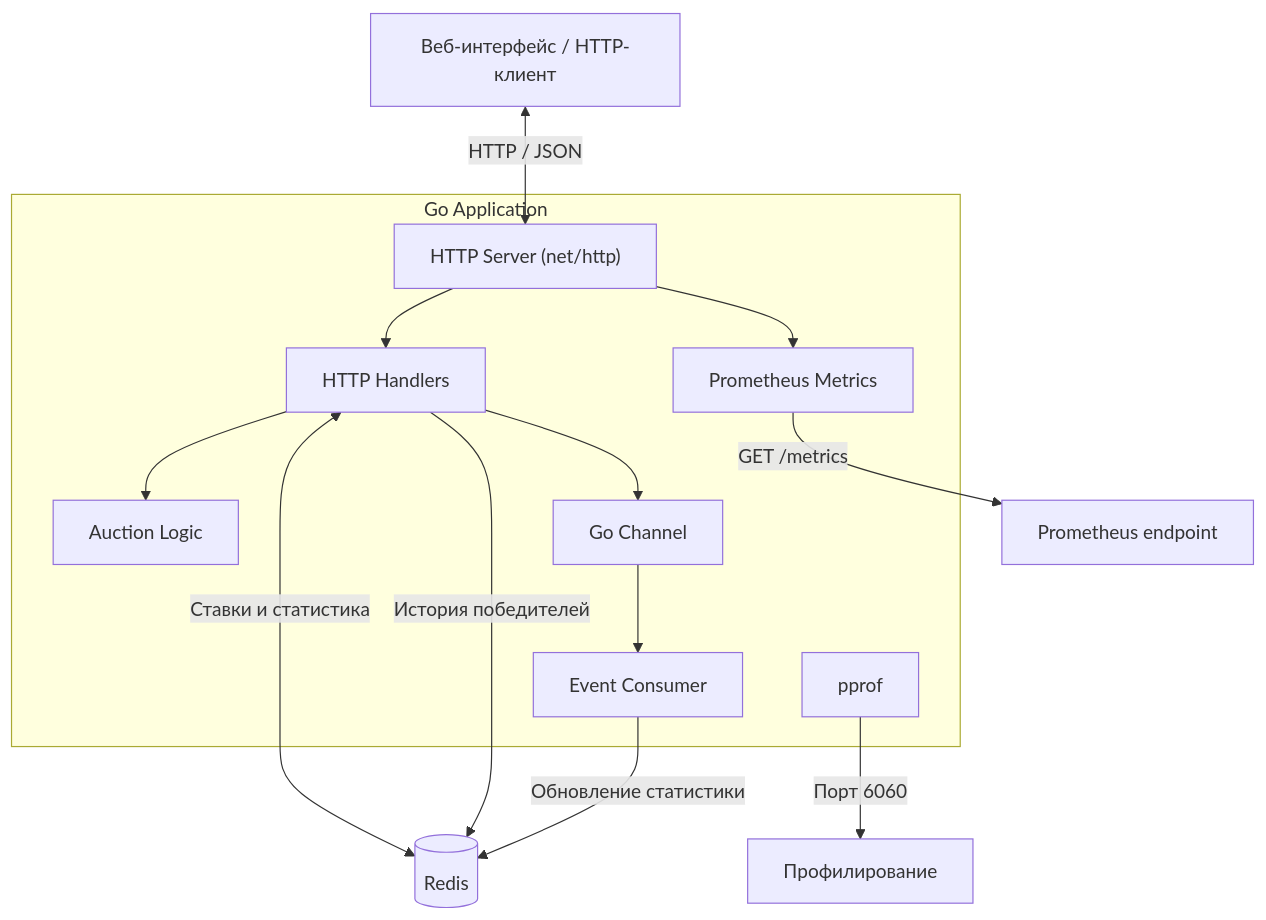
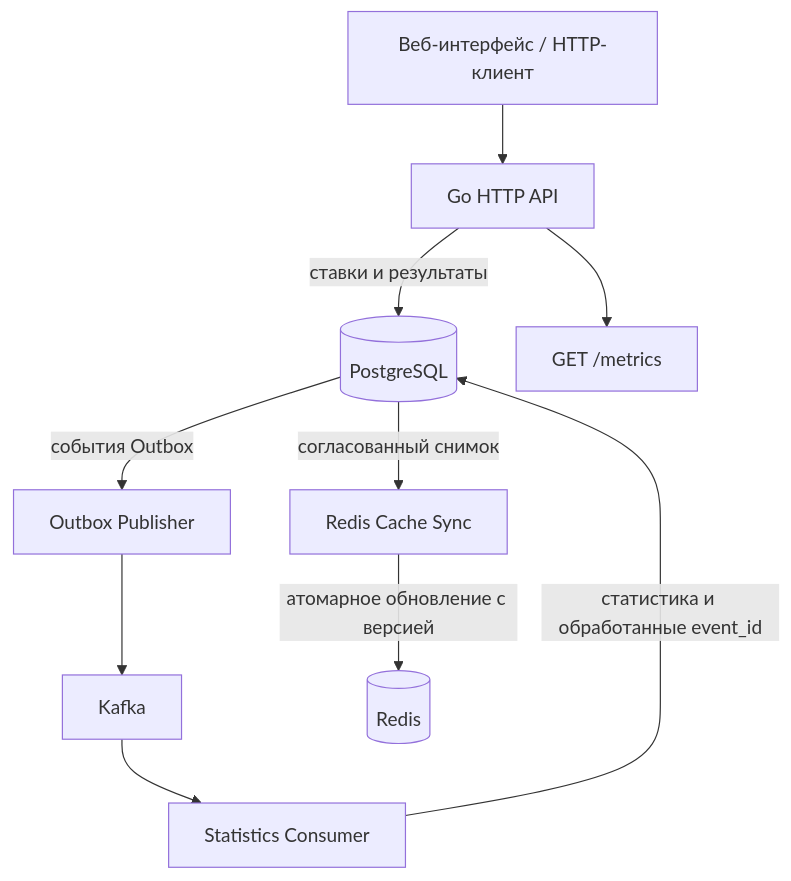
Before and after one commit to EgorVarshutin05/Ad-Auction-Simulator: the diagram in README.md, drawn with Mermaid. The commit also changed other lines of this file, not shown here.

````diff
--- a/README.md
+++ b/README.md
@@ -27,30 +34,12 @@
 ```mermaid
-flowchart TB
-    Client["Веб-интерфейс / HTTP-клиент"]
-
-    subgraph App["Go Application"]
-        HTTP["HTTP Server (net/http)"]
-        API["HTTP Handlers"]
-        Auction["Auction Logic"]
-        Channel["Go Channel"]
-        Consumer["Event Consumer"]
-        Metrics["Prometheus Metrics"]
-        Pprof["pprof"]
-
-        HTTP --> API
-        HTTP --> Metrics
-        API --> Auction
-        API --> Channel
-        Channel --> Consumer
-    end
-
-    Redis[("Redis")]
-
-    Client <-->|HTTP / JSON| HTTP
-    API <-->|Ставки и статистика| Redis
-    API -->|История победителей| Redis
-    Consumer -->|Обновление статистики| Redis
-
-    Metrics -->|GET /metrics| Monitoring["Prometheus endpoint"]
-    Pprof -->|Порт 6060| Profiling["Профилирование"]
+flowchart TD
+    Client["Веб-интерфейс / HTTP-клиент"] --> API["Go HTTP API"]
+    API -->|"ставки и результаты"| PG[(PostgreSQL)]
+    PG -->|"события Outbox"| Publisher["Outbox Publisher"]
+    Publisher --> Kafka[Kafka]
+    Kafka --> Consumer["Statistics Consumer"]
+    Consumer -->|"статистика и обработанные event_id"| PG
+    PG -->|"согласованный снимок"| Sync["Redis Cache Sync"]
+    Sync -->|"атомарное обновление с версией"| Redis[(Redis)]
+    API --> Metrics["GET /metrics"]
 ```
````
